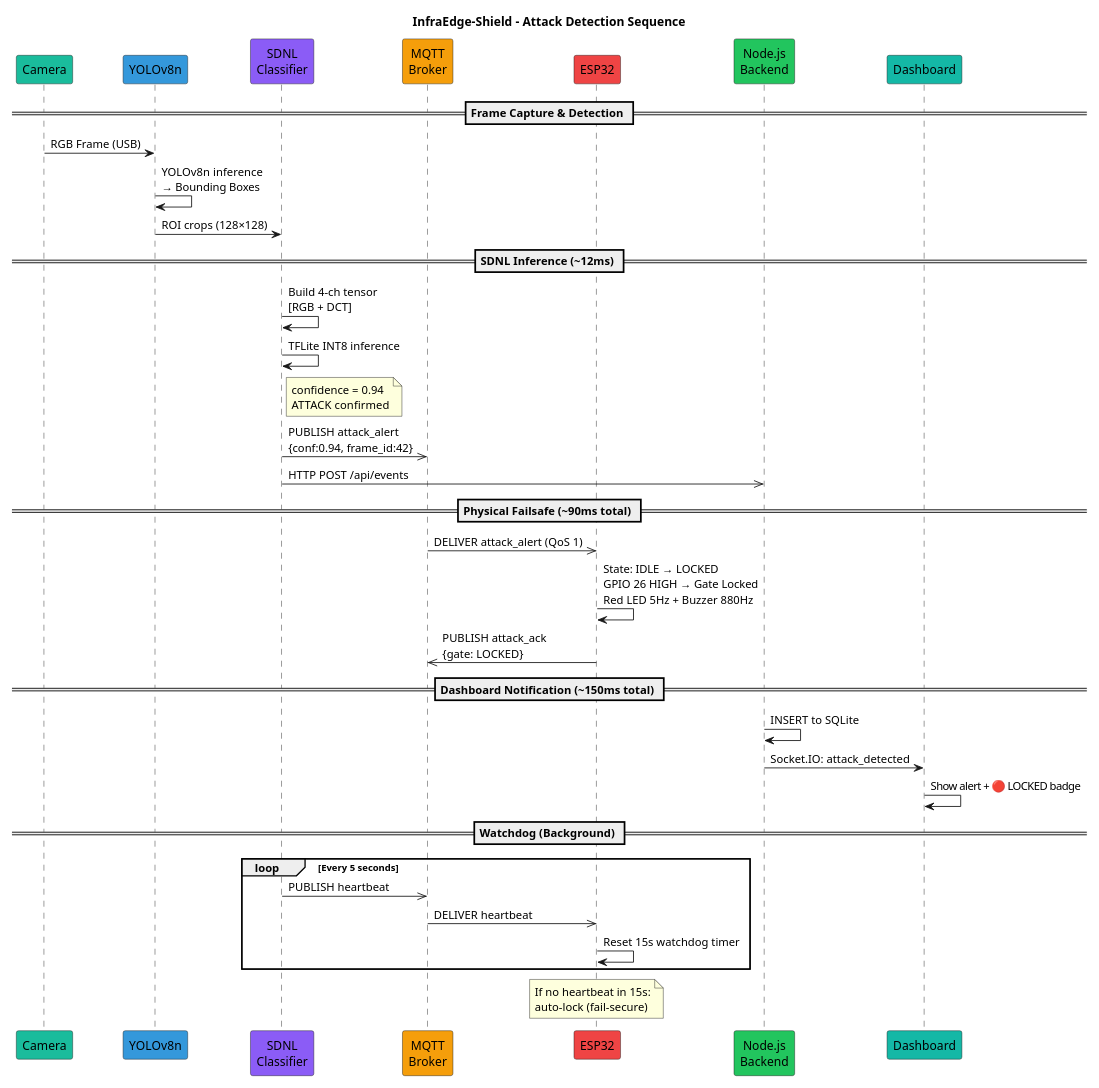
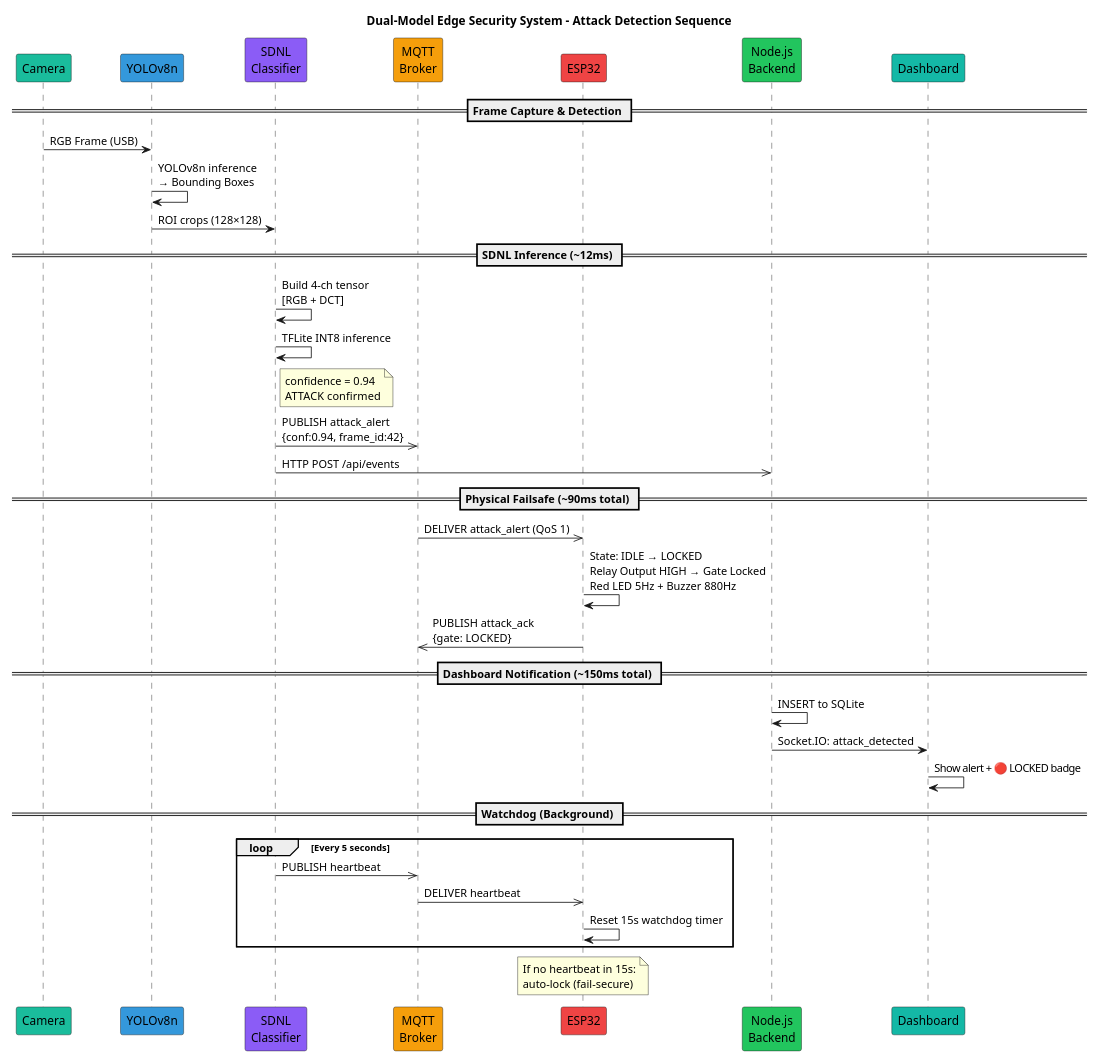
Before and after one commit to Prasannaa-V/Adversarial-Patch-Attack: the third of 3 diagrams in docs/diagram_sources.md, drawn with PlantUML. The commit also changed other lines of this file and 20 other files, not shown here.

````diff
--- a/docs/diagram_sources.md
+++ b/docs/diagram_sources.md
@@ -292,49 +292,49 @@
 ```plantuml
 @startuml
 scale 900 width
 
-title InfraEdge-Shield - Attack Detection Sequence
+title Dual-Model Edge Security System - Attack Detection Sequence
 
 participant "Camera" as CAM #1ABC9C
 participant "YOLOv8n" as YOLO #3498DB
 participant "SDNL\nClassifier" as SDNL #8b5cf6
 participant "MQTT\nBroker" as MQTT #f59e0b
 participant "ESP32" as ESP #ef4444
 participant "Node.js\nBackend" as NODE #22c55e
 participant "Dashboard" as UI #14b8a6
 
 == Frame Capture & Detection ==
 CAM -> YOLO : RGB Frame (USB)
 YOLO -> YOLO : YOLOv8n inference\n→ Bounding Boxes
 YOLO -> SDNL : ROI crops (128×128)
 
 == SDNL Inference (~12ms) ==
 SDNL -> SDNL : Build 4-ch tensor\n[RGB + DCT]
 SDNL -> SDNL : TFLite INT8 inference
 note right of SDNL : confidence = 0.94\nATTACK confirmed
 SDNL ->> MQTT : PUBLISH attack_alert\n{conf:0.94, frame_id:42}
 SDNL ->> NODE : HTTP POST /api/events
 
 == Physical Failsafe (~90ms total) ==
 MQTT ->> ESP : DELIVER attack_alert (QoS 1)
-ESP -> ESP : State: IDLE → LOCKED\nGPIO 26 HIGH → Gate Locked\nRed LED 5Hz + Buzzer 880Hz
+ESP -> ESP : State: IDLE → LOCKED\nRelay Output HIGH → Gate Locked\nRed LED 5Hz + Buzzer 880Hz
 ESP ->> MQTT : PUBLISH attack_ack\n{gate: LOCKED}
 
 == Dashboard Notification (~150ms total) ==
 NODE -> NODE : INSERT to SQLite
 NODE -> UI : Socket.IO: attack_detected
 UI -> UI : Show alert + 🔴 LOCKED badge
 
 == Watchdog (Background) ==
 loop Every 5 seconds
   SDNL ->> MQTT : PUBLISH heartbeat
   MQTT ->> ESP : DELIVER heartbeat
   ESP -> ESP : Reset 15s watchdog timer
 end
 
 note over ESP
   If no heartbeat in 15s:
   auto-lock (fail-secure)
 end note
 @enduml
 ```
````
